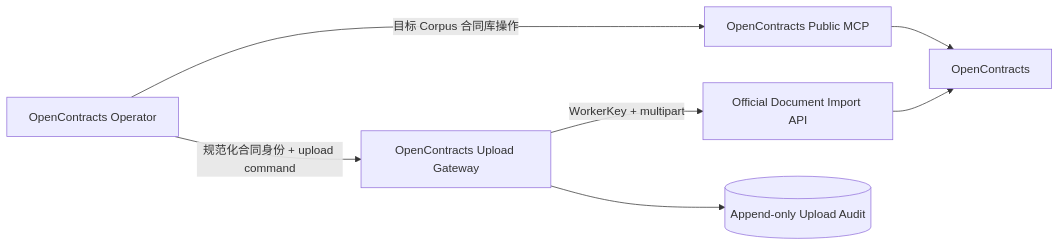
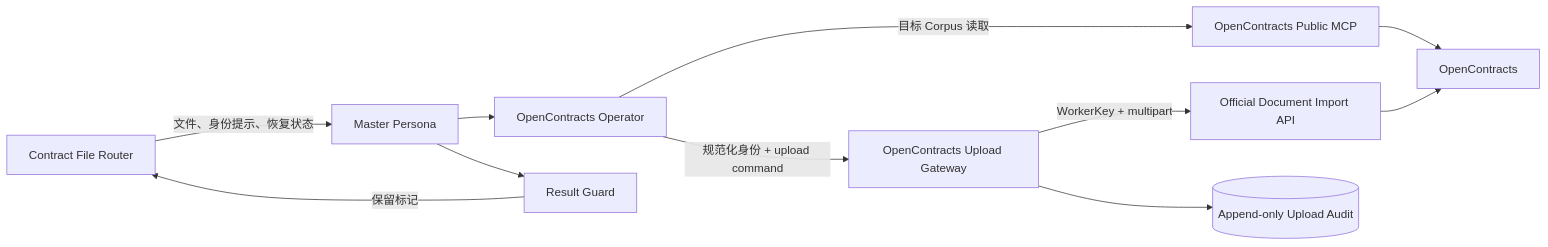
The first of 3 diagrams in docs/architecture/opencontracts-integration.md (Ri0n72Y/ContractBotConfig), drawn with Mermaid before and after one commit. The commit also changed other lines of this file, not shown here.

````diff
--- a/docs/architecture/opencontracts-integration.md
+++ b/docs/architecture/opencontracts-integration.md
@@ -7,16 +7,23 @@
 ```mermaid
 flowchart LR
+    Router[Contract File Router]
+    Master[Master Persona]
     Operator[OpenContracts Operator]
     MCP[OpenContracts Public MCP]
     Gateway[OpenContracts Upload Gateway]
     ImportAPI[Official Document Import API]
     OC[OpenContracts]
+    Guard[Result Guard]
     Receipt[(Append-only Upload Audit)]
 
-    Operator -->|目标 Corpus 合同库操作| MCP
+    Router -->|文件、身份提示、恢复状态| Master
+    Master --> Operator
+    Operator -->|目标 Corpus 读取| MCP
     MCP --> OC
-    Operator -->|规范化合同身份 + upload command| Gateway
+    Operator -->|规范化身份 + upload command| Gateway
     Gateway -->|WorkerKey + multipart| ImportAPI
     ImportAPI --> OC
     Gateway --> Receipt
+    Master --> Guard
+    Guard -->|保留标记| Router
 ```
````
